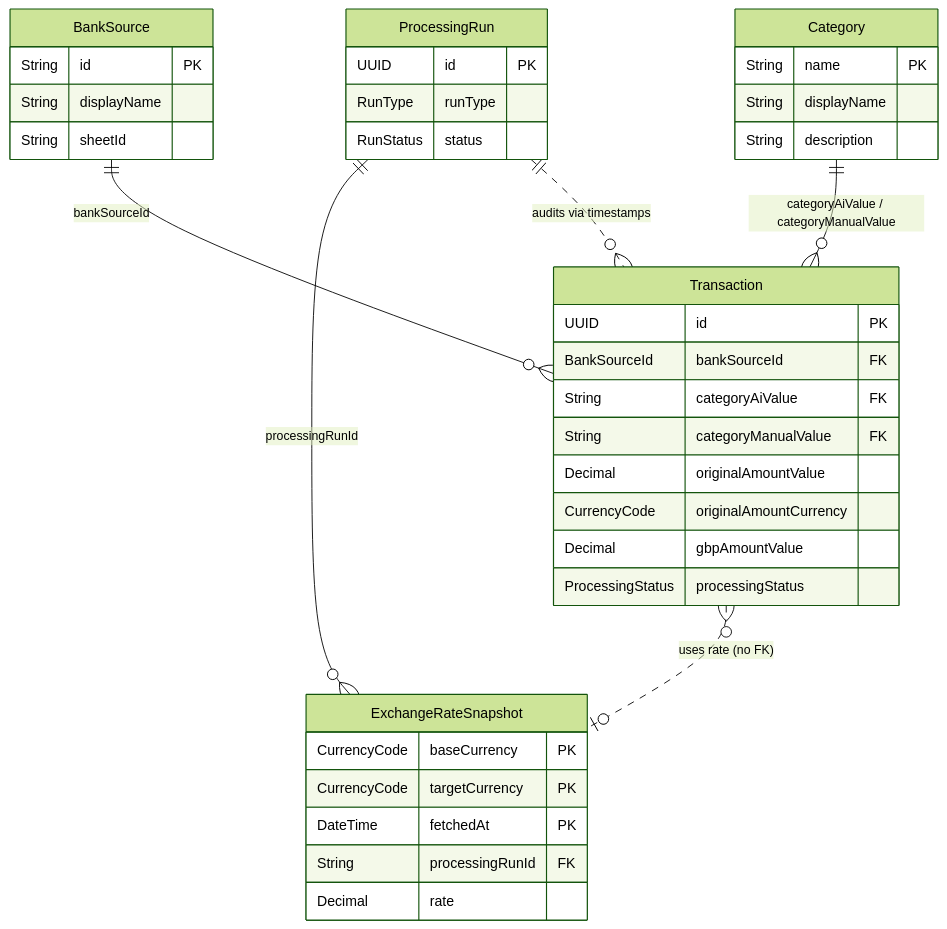
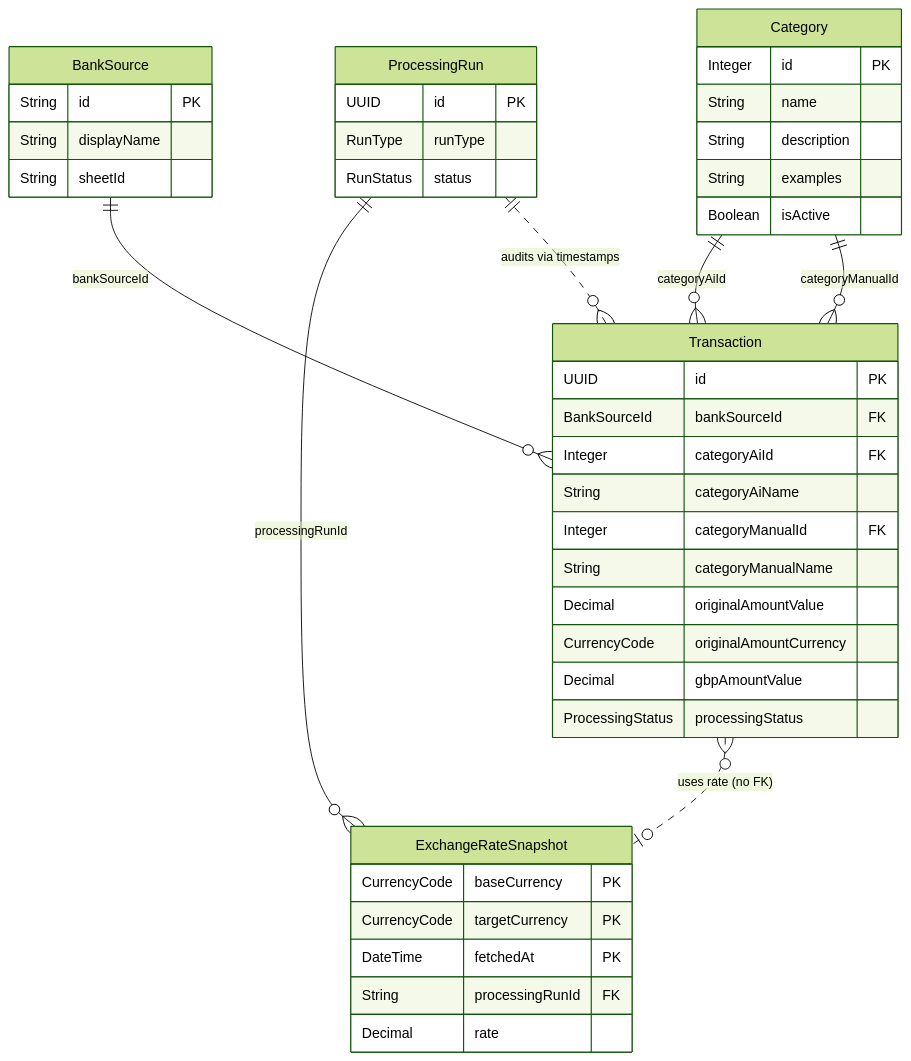
Before and after one commit to tjmgregory/fire: the diagram in docs/aiup/02-elaboration/entity-models.md, drawn with Mermaid (forest theme). The commit also changed other lines of this file and 2 other files, not shown here.

Commit message:
docs: add solve for category denormalisation

````diff
--- a/docs/aiup/02-elaboration/entity-models.md
+++ b/docs/aiup/02-elaboration/entity-models.md
@@ -238,48 +244,53 @@
 ```mermaid
 erDiagram
     %% Direct FK relationships (solid lines)
     BankSource ||--o{ Transaction : "bankSourceId"
-    Category ||--o{ Transaction : "categoryAiValue / categoryManualValue"
+    Category ||--o{ Transaction : "categoryAiId"
+    Category ||--o{ Transaction : "categoryManualId"
     ProcessingRun ||--o{ ExchangeRateSnapshot : "processingRunId"
 
     %% Indirect relationships (dotted lines)
     ProcessingRun ||..o{ Transaction : "audits via timestamps"
     Transaction }o..o| ExchangeRateSnapshot : "uses rate (no FK)"
 
     BankSource {
         String id PK
         String displayName
         String sheetId
     }
 
     Transaction {
         UUID id PK
         BankSourceId bankSourceId FK
-        String categoryAiValue FK
-        String categoryManualValue FK
+        Integer categoryAiId FK
+        String categoryAiName
+        Integer categoryManualId FK
+        String categoryManualName
         Decimal originalAmountValue
         CurrencyCode originalAmountCurrency
         Decimal gbpAmountValue
         ProcessingStatus processingStatus
     }
 
     Category {
-        String name PK
-        String displayName
+        Integer id PK
+        String name
         String description
+        String examples
+        Boolean isActive
     }
 
     ExchangeRateSnapshot {
         CurrencyCode baseCurrency PK
         CurrencyCode targetCurrency PK
         DateTime fetchedAt PK
         String processingRunId FK
         Decimal rate
     }
 
     ProcessingRun {
         UUID id PK
         RunType runType
         RunStatus status
     }
 ```
````
